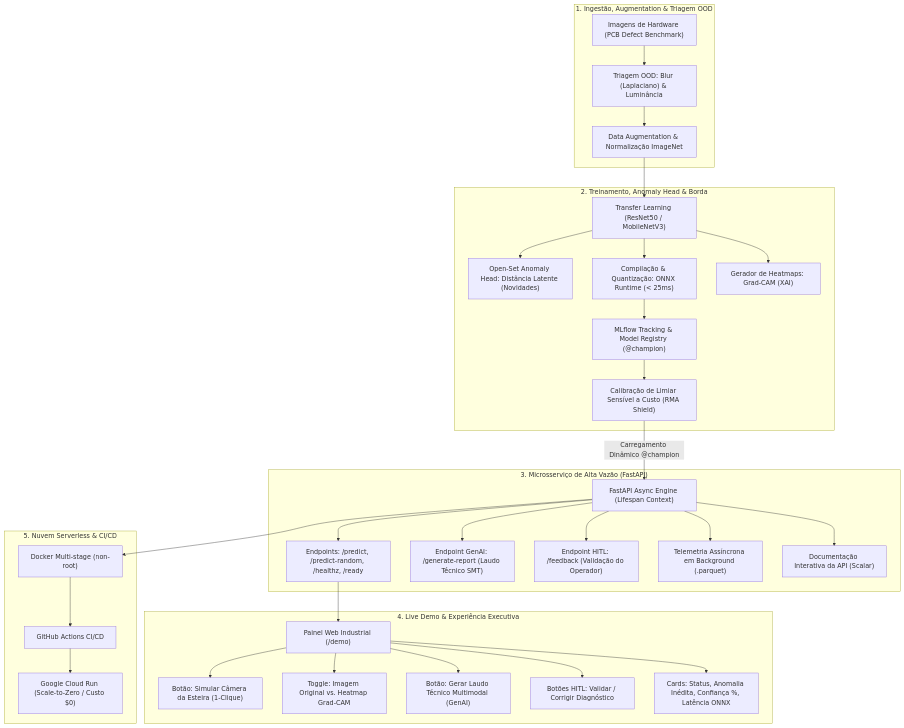
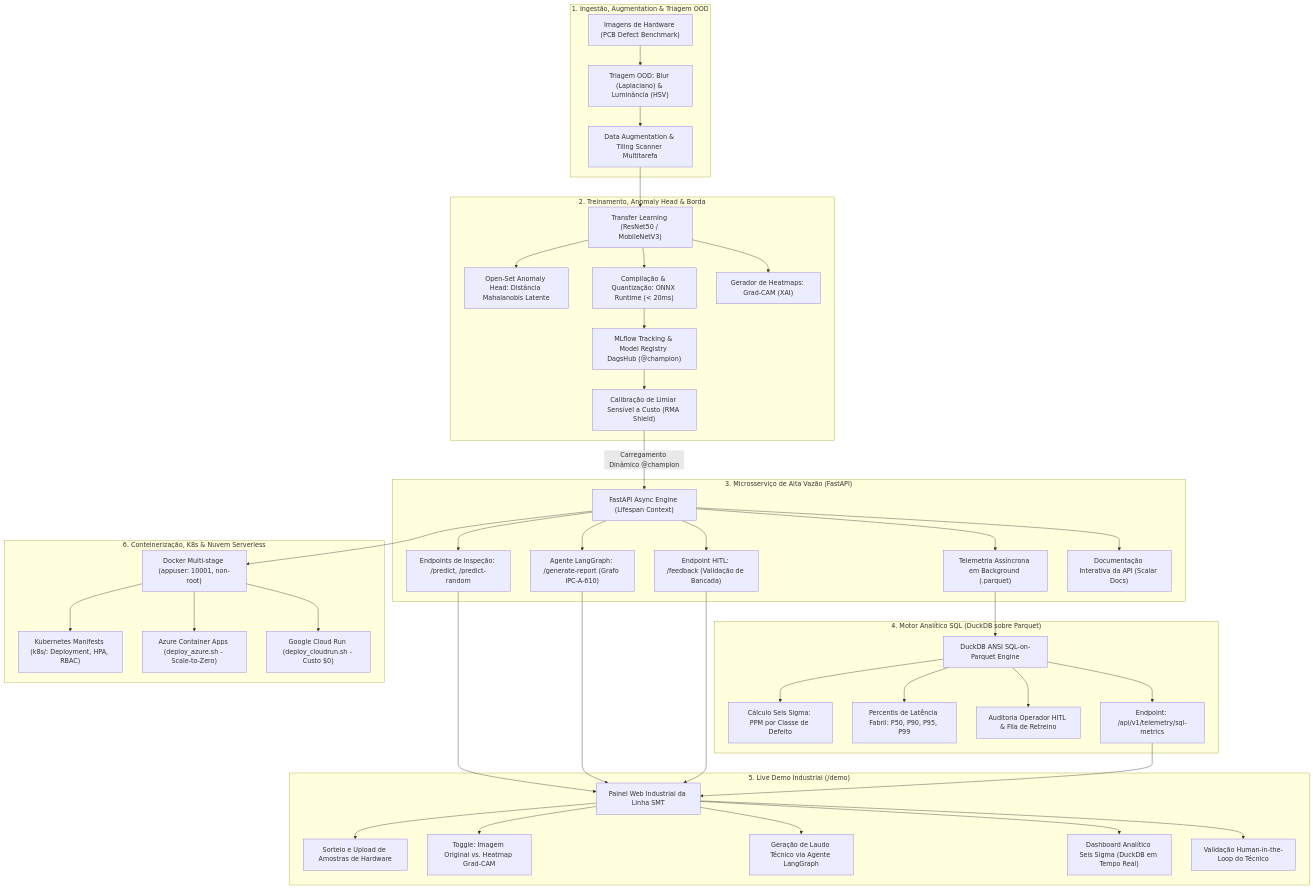
Before and after one commit to henriquebotelhogomes/positivo-vision-mlops: the diagram in README.md, drawn with Mermaid. The commit also changed other lines of this file, not shown here.

Commit message:
docs: modernize README with Kubernetes, DuckDB Seis Sigma, LangGraph agent and Multi-Cloud architecture

````diff
--- a/README.md
+++ b/README.md
@@ -35,40 +43,49 @@
 ```mermaid
 flowchart TD
     subgraph DataEngine["1. Ingestão, Augmentation & Triagem OOD"]
-        A["Imagens de Hardware (PCB Defect Benchmark)"] --> B["Triagem OOD: Blur (Laplaciano) & Luminância"]
-        B --> C["Data Augmentation & Normalização ImageNet"]
+        A["Imagens de Hardware (PCB Defect Benchmark)"] --> B["Triagem OOD: Blur (Laplaciano) & Luminância (HSV)"]
+        B --> C["Data Augmentation & Tiling Scanner Multitarefa"]
     end
 
     subgraph NeuralEngine["2. Treinamento, Anomaly Head & Borda"]
         C --> D["Transfer Learning (ResNet50 / MobileNetV3)"]
-        D --> E["Open-Set Anomaly Head: Distância Latente (Novidades)"]
-        D --> F["Compilação & Quantização: ONNX Runtime (< 25ms)"]
+        D --> E["Open-Set Anomaly Head: Distância Mahalanobis Latente"]
+        D --> F["Compilação & Quantização: ONNX Runtime (< 20ms)"]
         D --> G["Gerador de Heatmaps: Grad-CAM (XAI)"]
-        F --> H["MLflow Tracking & Model Registry (@champion)"]
+        F --> H["MLflow Tracking & Model Registry DagsHub (@champion)"]
         H --> I["Calibração de Limiar Sensível a Custo (RMA Shield)"]
     end
 
     subgraph InferenceEngine["3. Microsserviço de Alta Vazão (FastAPI)"]
         I -->|Carregamento Dinâmico @champion| J["FastAPI Async Engine (Lifespan Context)"]
-        J --> K["Endpoints: /predict, /predict-random, /healthz, /ready"]
-        J --> L["Endpoint GenAI: /generate-report (Laudo Técnico SMT)"]
-        J --> M["Endpoint HITL: /feedback (Validação do Operador)"]
+        J --> K["Endpoints de Inspeção: /predict, /predict-random"]
+        J --> L["Agente LangGraph: /generate-report (Grafo IPC-A-610)"]
+        J --> M["Endpoint HITL: /feedback (Validação de Bancada)"]
         J --> N["Telemetria Assíncrona em Background (.parquet)"]
-        J --> O["Documentação Interativa da API (Scalar)"]
+        J --> O["Documentação Interativa da API (Scalar Docs)"]
     end
 
-    subgraph LiveDemoUI["4. Live Demo & Experiência Executiva"]
-        K --> P["Painel Web Industrial (/demo)"]
-        P --> Q["Botão: Simular Câmera da Esteira (1-Clique)"]
-        P --> R["Toggle: Imagem Original vs. Heatmap Grad-CAM"]
-        P --> S["Botão: Gerar Laudo Técnico Multimodal (GenAI)"]
-        P --> T["Botões HITL: Validar / Corrigir Diagnóstico"]
-        P --> U["Cards: Status, Anomalia Inédita, Confiança %, Latência ONNX"]
+    subgraph AnalyticsEngine["4. Motor Analítico SQL (DuckDB sobre Parquet)"]
+        N --> P["DuckDB ANSI SQL-on-Parquet Engine"]
+        P --> Q["Cálculo Seis Sigma: PPM por Classe de Defeito"]
+        P --> R["Percentis de Latência Fabril: P50, P90, P95, P99"]
+        P --> S["Auditoria Operador HITL & Fila de Retreino"]
+        P --> T["Endpoint: /api/v1/telemetry/sql-metrics"]
     end
 
-    subgraph CloudDeploy["5. Nuvem Serverless & CI/CD"]
-        J --> V["Docker Multi-stage (non-root)"]
-        V --> W["GitHub Actions CI/CD"]
-        W --> X["Google Cloud Run (Scale-to-Zero / Custo $0)"]
+    subgraph LiveDemoUI["5. Live Demo Industrial (/demo)"]
+        K & L & M & T --> U["Painel Web Industrial da Linha SMT"]
+        U --> V["Sorteio e Upload de Amostras de Hardware"]
+        U --> W["Toggle: Imagem Original vs. Heatmap Grad-CAM"]
+        U --> X["Geração de Laudo Técnico via Agente LangGraph"]
+        U --> Y["Dashboard Analítico Seis Sigma (DuckDB em Tempo Real)"]
+        U --> Z["Validação Human-in-the-Loop do Técnico"]
+    end
+
+    subgraph InfraMultiCloud["6. Conteinerização, K8s & Nuvem Serverless"]
+        J --> AA["Docker Multi-stage (appuser: 10001, non-root)"]
+        AA --> AB["Kubernetes Manifests (k8s/: Deployment, HPA, RBAC)"]
+        AA --> AC["Azure Container Apps (deploy_azure.sh - Scale-to-Zero)"]
+        AA --> AD["Google Cloud Run (deploy_cloudrun.sh - Custo $0)"]
     end
 ```
````
